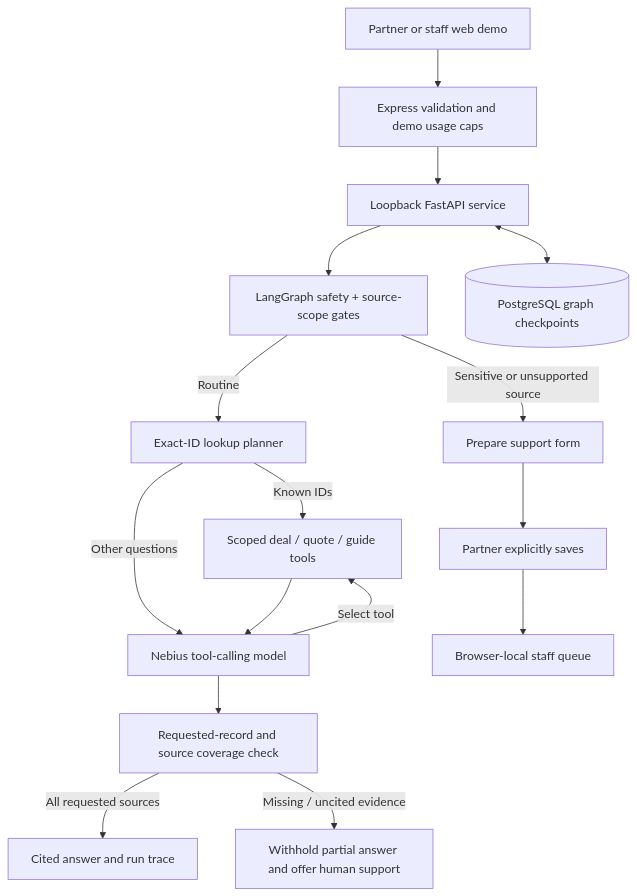
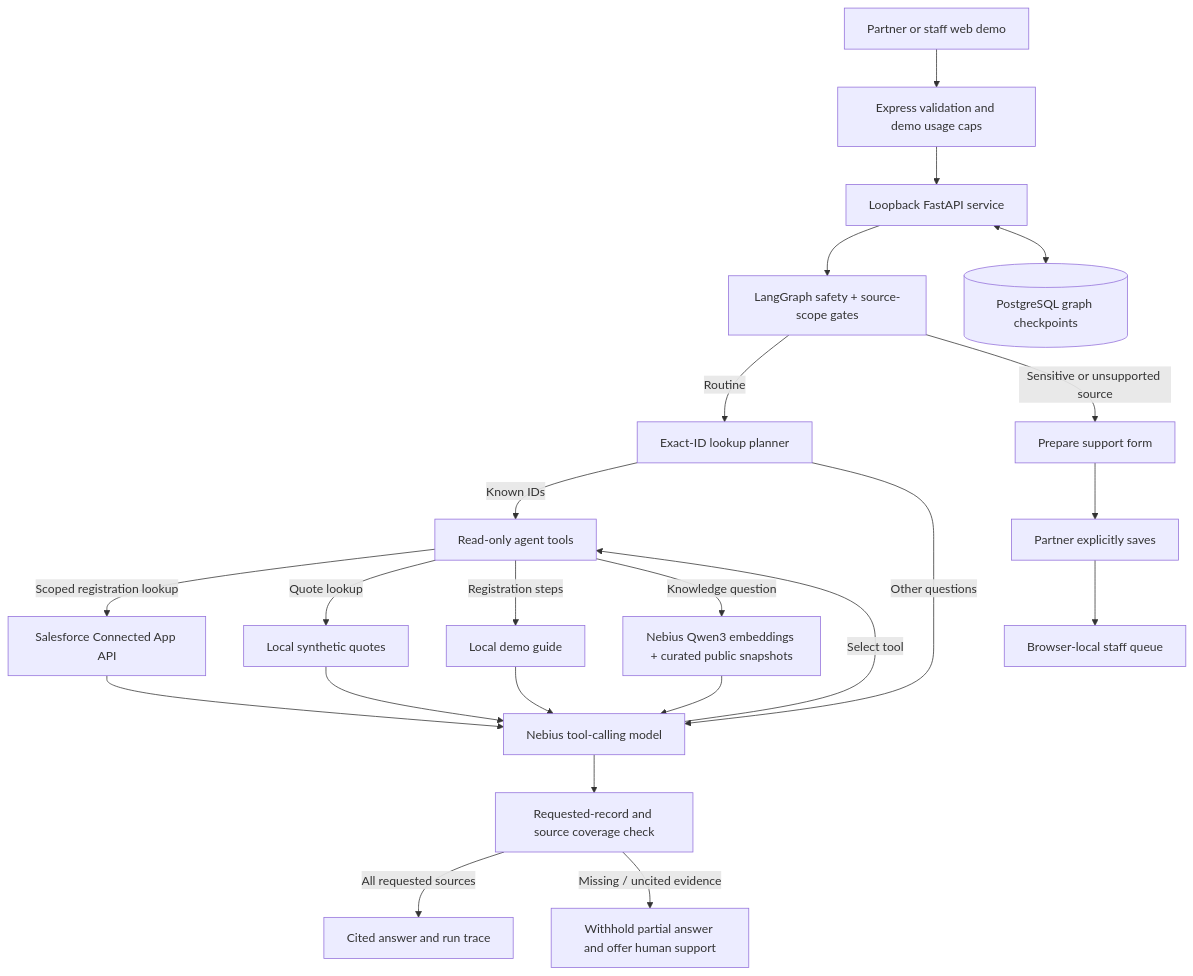
Before and after one commit to hsrAI-web/AIWorkSpace: the diagram in partner-operations-copilot/README.md, drawn with Mermaid. The commit also changed other lines of this file, not shown here.

````diff
--- a/partner-operations-copilot/README.md
+++ b/partner-operations-copilot/README.md
@@ -44,18 +46,25 @@
 ```mermaid
 flowchart TD
   Web[Partner or staff web demo] --> API[Express validation and demo usage caps]
   API --> Python[Loopback FastAPI service]
   Python --> Gate[LangGraph safety + source-scope gates]
   Gate -->|Routine| Planner[Exact-ID lookup planner]
-  Planner -->|Known IDs| Tools[Scoped deal / quote / guide tools]
+  Planner -->|Known IDs| Tools[Read-only agent tools]
   Planner -->|Other questions| Agent[Nebius tool-calling model]
   Agent -->|Select tool| Tools
-  Tools --> Agent
+  Tools -->|Scoped registration lookup| SF[Salesforce Connected App API]
+  Tools -->|Quote lookup| DemoQuotes[Local synthetic quotes]
+  Tools -->|Registration steps| Guide[Local demo guide]
+  Tools -->|Knowledge question| RAG[Nebius Qwen3 embeddings + curated public snapshots]
+  SF --> Agent
+  DemoQuotes --> Agent
+  Guide --> Agent
+  RAG --> Agent
   Agent --> Ground[Requested-record and source coverage check]
   Ground -->|All requested sources| Answer[Cited answer and run trace]
   Ground -->|Missing / uncited evidence| Fallback[Withhold partial answer and offer human support]
   Gate -->|Sensitive or unsupported source| Human[Prepare support form]
   Human --> Confirm[Partner explicitly saves]
   Confirm --> Queue[Browser-local staff queue]
   Python <--> PG[(PostgreSQL graph checkpoints)]
 ```
````
